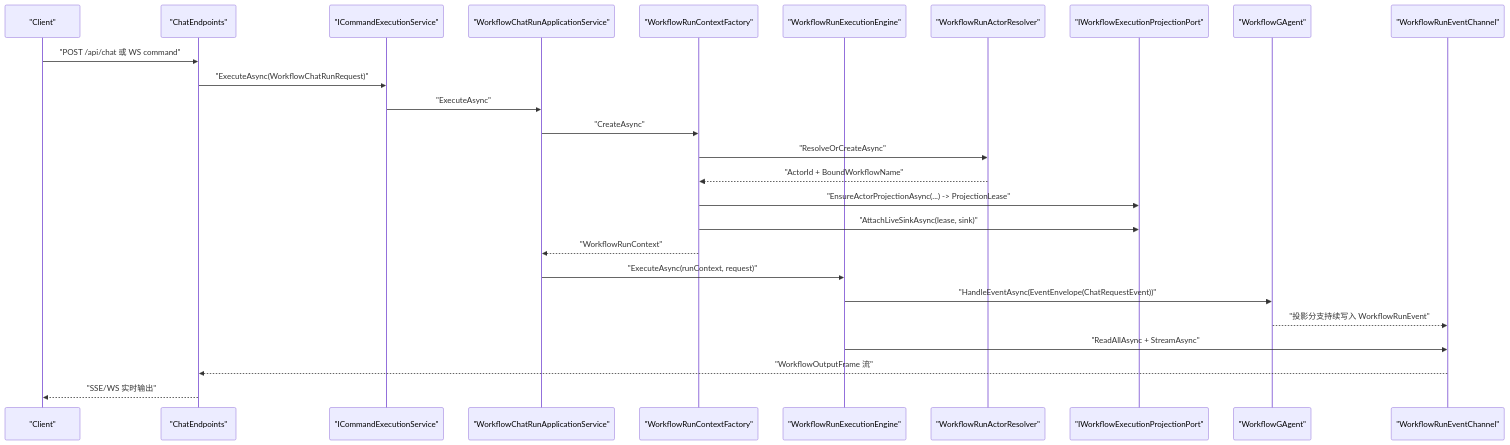
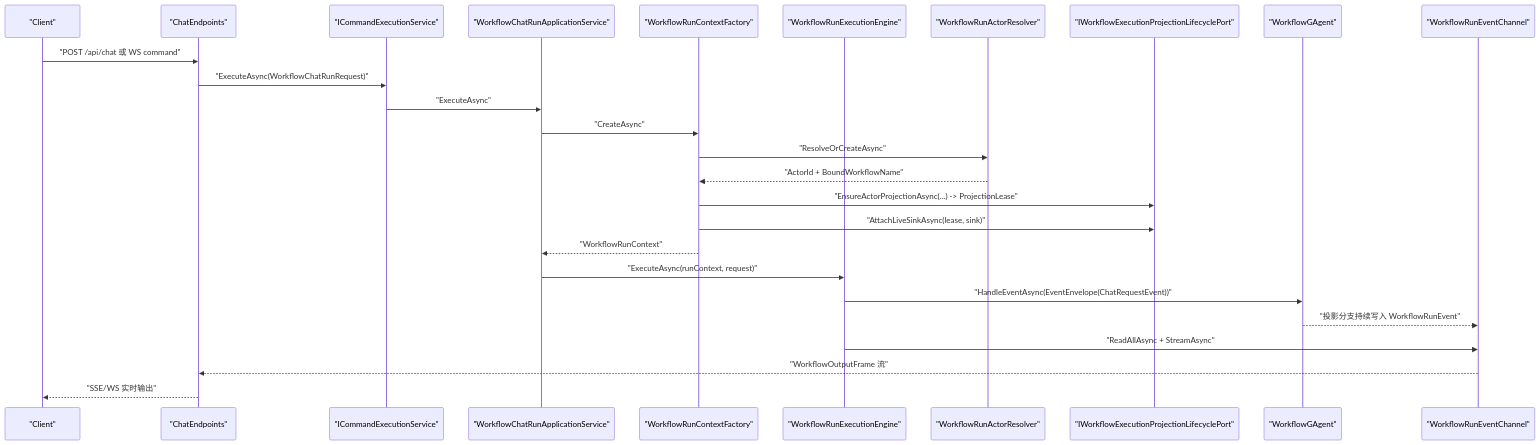
The second of 5 diagrams in src/workflow/README.md (aevatarAI/aevatar), drawn with Mermaid before and after one commit. The commit also changed other lines of this file and 45 other files, not shown here.

First line of the commit message:
Refactor ReadModel Graph Relations and Enhance Projection Architecture

````diff
--- a/src/workflow/README.md
+++ b/src/workflow/README.md
@@ -67,30 +67,30 @@
 ```mermaid
 %%{init: {"maxTextSize": 100000, "flowchart": {"useMaxWidth": false, "nodeSpacing": 10, "rankSpacing": 50}, "themeVariables": {"fontSize": "10px"}}}%%
 sequenceDiagram
   participant Client as "Client"
   participant Api as "ChatEndpoints"
   participant CmdSvc as "ICommandExecutionService"
   participant AppSvc as "WorkflowChatRunApplicationService"
   participant CtxFactory as "WorkflowRunContextFactory"
   participant Engine as "WorkflowRunExecutionEngine"
   participant Resolver as "WorkflowRunActorResolver"
-  participant Port as "IWorkflowExecutionProjectionPort"
+  participant Port as "IWorkflowExecutionProjectionLifecyclePort"
   participant WFAgent as "WorkflowGAgent"
   participant Sink as "WorkflowRunEventChannel"
 
   Client->>Api: "POST /api/chat 或 WS command"
   Api->>CmdSvc: "ExecuteAsync(WorkflowChatRunRequest)"
   CmdSvc->>AppSvc: "ExecuteAsync"
   AppSvc->>CtxFactory: "CreateAsync"
   CtxFactory->>Resolver: "ResolveOrCreateAsync"
   Resolver-->>CtxFactory: "ActorId + BoundWorkflowName"
   CtxFactory->>Port: "EnsureActorProjectionAsync(...) -> ProjectionLease"
   CtxFactory->>Port: "AttachLiveSinkAsync(lease, sink)"
   CtxFactory-->>AppSvc: "WorkflowRunContext"
   AppSvc->>Engine: "ExecuteAsync(runContext, request)"
   Engine->>WFAgent: "HandleEventAsync(EventEnvelope(ChatRequestEvent))"
   WFAgent-->>Sink: "投影分支持续写入 WorkflowRunEvent"
   Engine->>Sink: "ReadAllAsync + StreamAsync"
   Sink-->>Api: "WorkflowOutputFrame 流"
   Api-->>Client: "SSE/WS 实时输出"
 ```
````
